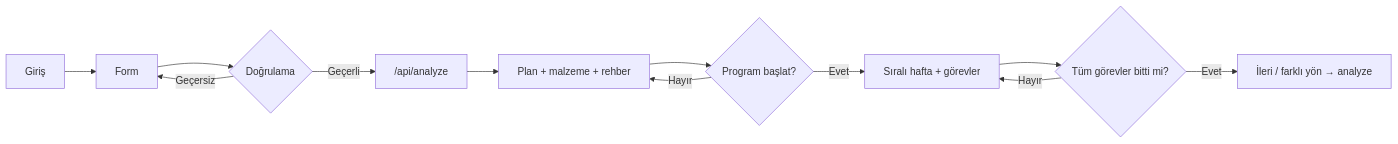
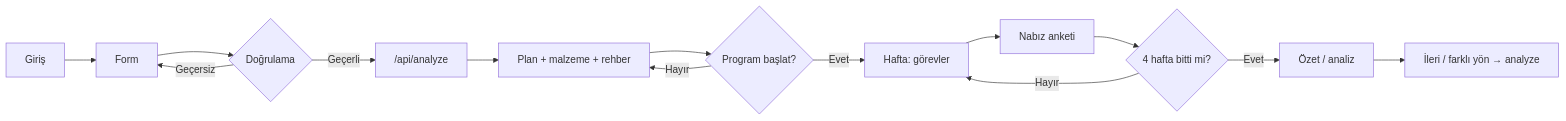
One commit to sudenurSekerci/HobbyBuddy.AI changed the diagram in user-flow.md. Above: the diagram before and after it, drawn with Mermaid. The commit also changed other lines of this file and 5 other files, not shown here.

````diff
--- a/user-flow.md
+++ b/user-flow.md
@@ -64,14 +64,16 @@
 ```mermaid
 flowchart LR
   A[Giriş] --> B[Form]
   B --> C{Doğrulama}
   C -->|Geçersiz| B
   C -->|Geçerli| D["/api/analyze"]
   D --> E[Plan + malzeme + rehber]
   E --> F{Program başlat?}
   F -->|Hayır| E
-  F -->|Evet| G[Sıralı hafta + görevler]
-  G --> H{Tüm görevler bitti mi?}
-  H -->|Hayır| G
-  H -->|Evet| I["İleri / farklı yön → analyze"]
+  F -->|Evet| G[Hafta: görevler]
+  G --> H[Nabız anketi]
+  H --> I{4 hafta bitti mi?}
+  I -->|Hayır| G
+  I -->|Evet| J[Özet / analiz]
+  J --> K["İleri / farklı yön → analyze"]
 ```
````
